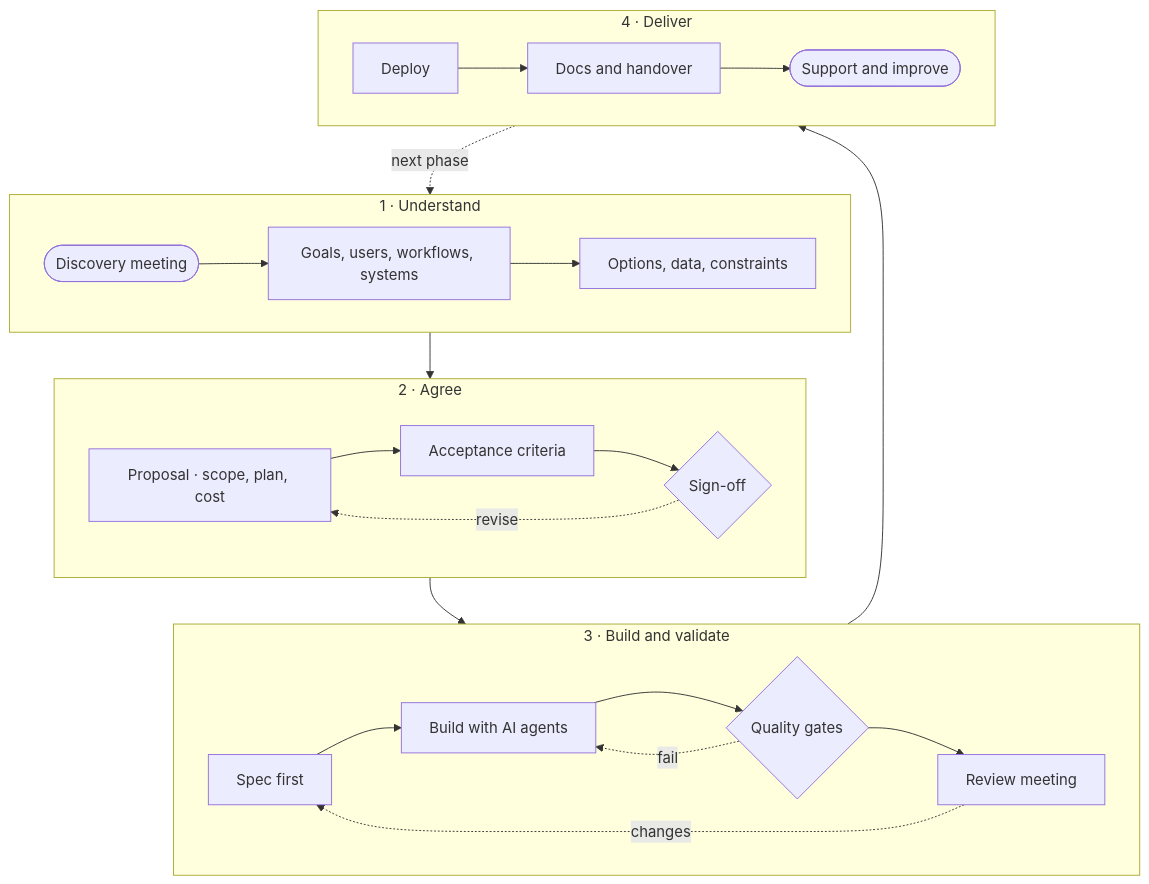
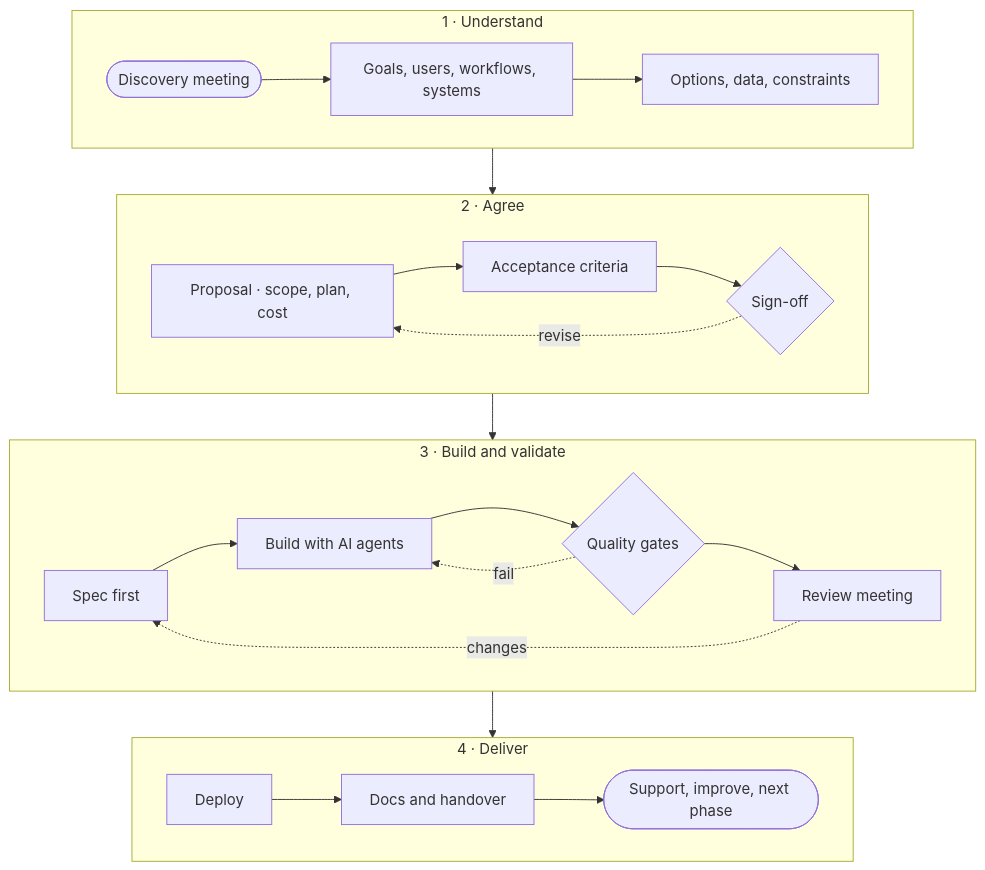
Before and after one commit to zaiddiab/zaiddiab: the diagram in README.md, drawn with Mermaid.

Commit message:
README: keep How I work phases in top-down order

````diff
--- a/README.md
+++ b/README.md
@@ -30,24 +30,23 @@
 ```mermaid
 flowchart TD
     subgraph U["1 · Understand"]
         direction LR
         M(["Discovery meeting"]) --> A["Goals, users, workflows, systems"] --> C["Options, data, constraints"]
     end
     subgraph G["2 · Agree"]
         direction LR
         P["Proposal · scope, plan, cost"] --> AC["Acceptance criteria"] --> OK{"Sign-off"}
         OK -.->|revise| P
     end
     subgraph B["3 · Build and validate"]
         direction LR
         S["Spec first"] --> X["Build with AI agents"] --> Q{"Quality gates"} --> R["Review meeting"]
         Q -.->|fail| X
         R -.->|changes| S
     end
     subgraph D["4 · Deliver"]
         direction LR
-        H["Deploy"] --> DOC["Docs and handover"] --> O(["Support and improve"])
+        H["Deploy"] --> DOC["Docs and handover"] --> O(["Support, improve, next phase"])
     end
     U --> G --> B --> D
-    D -.->|next phase| U
 ```
````
